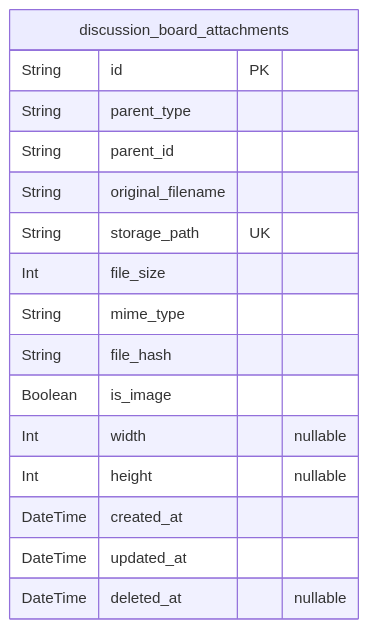
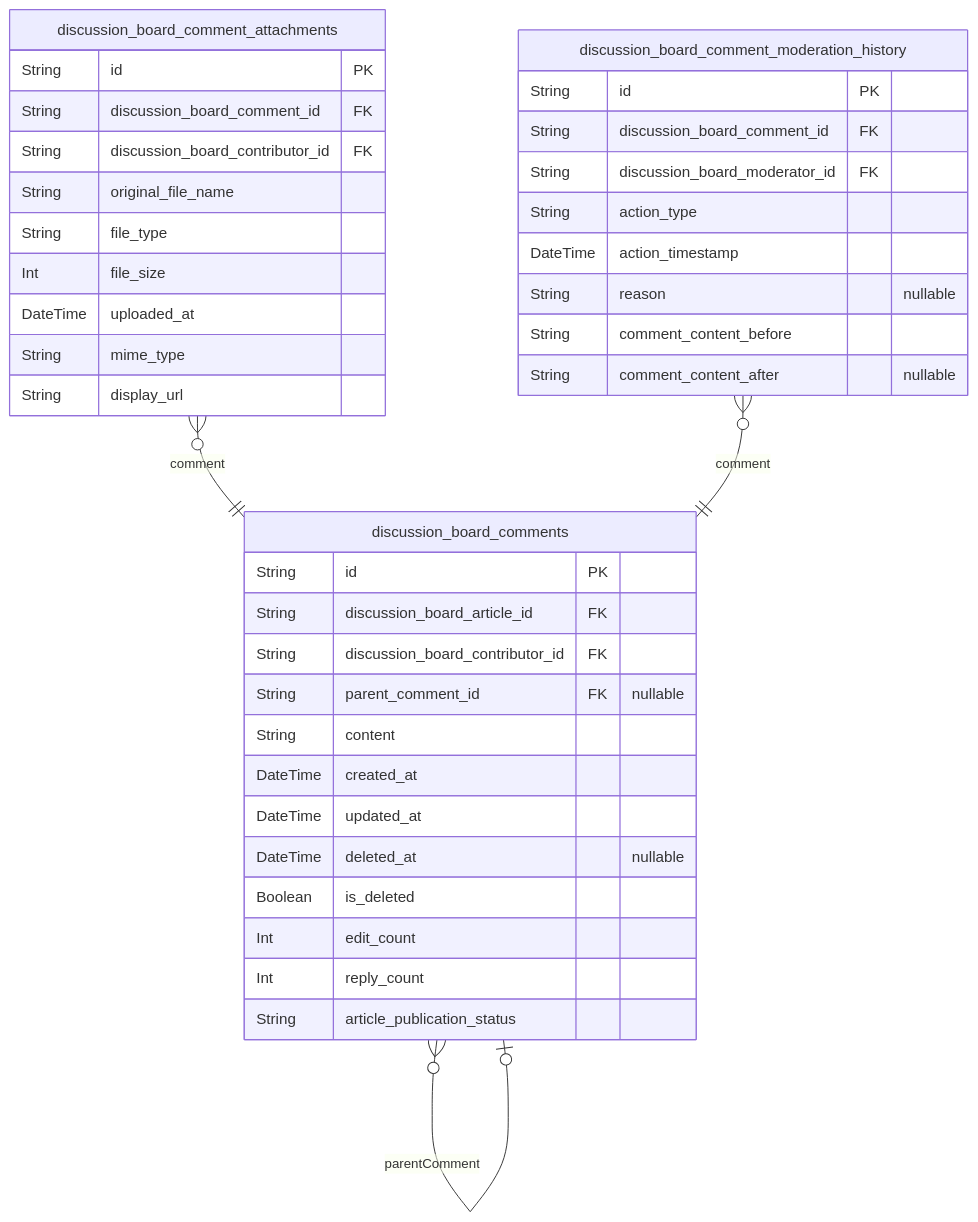
One commit to wrtnlabs/autobe-examples changed the fourth of 6 diagrams in anthropic/claude-haiku-4.5/bbs/docs/ERD.md. Above: the diagram before and after it, drawn with Mermaid. The commit also changed other lines of this file and 3569 other files, not shown here.

````diff
--- a/anthropic/claude-haiku-4.5/bbs/docs/ERD.md
+++ b/anthropic/claude-haiku-4.5/bbs/docs/ERD.md
@@ -726,19 +868,41 @@
 ```mermaid
 erDiagram
-"discussion_board_attachments" {
+"discussion_board_comments" {
   String id PK
-  String parent_type
-  String parent_id
-  String original_filename
-  String storage_path UK
-  Int file_size
-  String mime_type
-  String file_hash
-  Boolean is_image
-  Int width "nullable"
-  Int height "nullable"
+  String discussion_board_article_id FK
+  String discussion_board_contributor_id FK
+  String parent_comment_id FK "nullable"
+  String content
   DateTime created_at
   DateTime updated_at
   DateTime deleted_at "nullable"
+  Boolean is_deleted
+  Int edit_count
+  Int reply_count
+  String article_publication_status
 }
+"discussion_board_comment_attachments" {
+  String id PK
+  String discussion_board_comment_id FK
+  String discussion_board_contributor_id FK
+  String original_file_name
+  String file_type
+  Int file_size
+  DateTime uploaded_at
+  String mime_type
+  String display_url
+}
+"discussion_board_comment_moderation_history" {
+  String id PK
+  String discussion_board_comment_id FK
+  String discussion_board_moderator_id FK
+  String action_type
+  DateTime action_timestamp
+  String reason "nullable"
+  String comment_content_before
+  String comment_content_after "nullable"
+}
+"discussion_board_comments" }o--o| "discussion_board_comments" : parentComment
+"discussion_board_comment_attachments" }o--|| "discussion_board_comments" : comment
+"discussion_board_comment_moderation_history" }o--|| "discussion_board_comments" : comment
 ```
````
